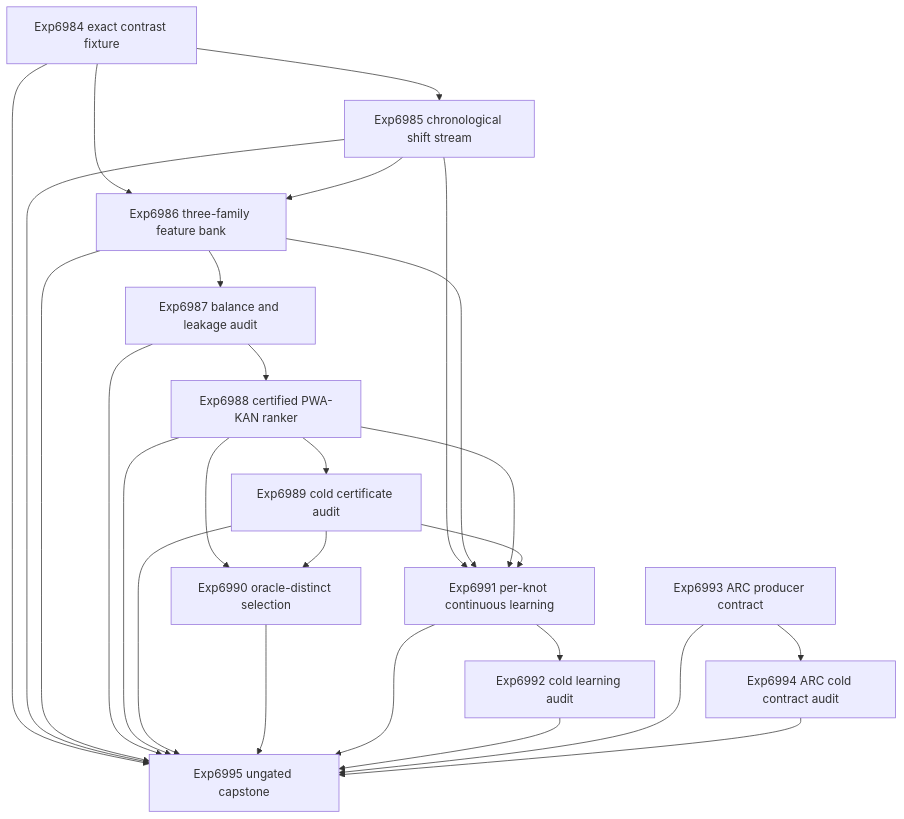
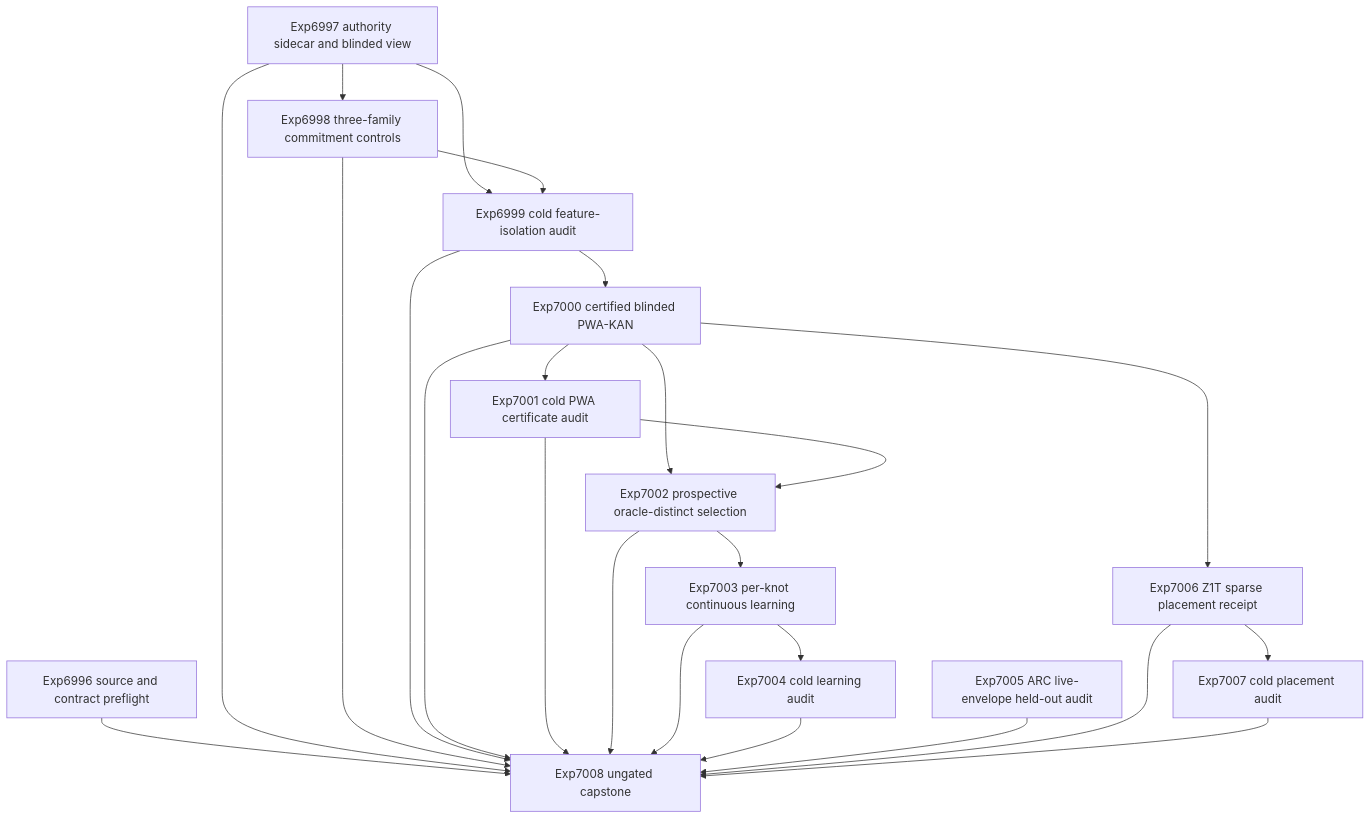
Before and after one commit to Carnot-EBM/carnot-ebm: the diagram in openspec/change-proposals/research-roadmap-vNEXT.md, drawn with Mermaid. The commit also changed other lines of this file and 26 other files, not shown here.

````diff
--- a/openspec/change-proposals/research-roadmap-vNEXT.md
+++ b/openspec/change-proposals/research-roadmap-vNEXT.md
@@ -83,28 +94,40 @@
 ```mermaid
 flowchart TD
-    A[Exp6984 exact contrast fixture] --> B[Exp6985 chronological shift stream]
-    A --> C[Exp6986 three-family feature bank]
+    A[Exp6996 source and contract preflight]
+    B[Exp6997 authority sidecar and blinded view]
+    C[Exp6998 three-family commitment controls]
+    D[Exp6999 cold feature-isolation audit]
+    E[Exp7000 certified blinded PWA-KAN]
+    F[Exp7001 cold PWA certificate audit]
+    G[Exp7002 prospective oracle-distinct selection]
+    H[Exp7003 per-knot continuous learning]
+    I[Exp7004 cold learning audit]
+    J[Exp7005 ARC live-envelope held-out audit]
+    K[Exp7006 Z1T sparse placement receipt]
+    L[Exp7007 cold placement audit]
+    M[Exp7008 ungated capstone]
+
     B --> C
-    C --> D[Exp6987 balance and leakage audit]
-    D --> E[Exp6988 certified PWA-KAN ranker]
-    E --> F[Exp6989 cold certificate audit]
-    E --> G[Exp6990 oracle-distinct selection]
+    B --> D
+    C --> D
+    D --> E
+    E --> F
+    E --> G
     F --> G
-    B --> H[Exp6991 per-knot continuous learning]
-    C --> H
-    E --> H
-    F --> H
-    H --> I[Exp6992 cold learning audit]
-    J[Exp6993 ARC producer contract] --> K[Exp6994 ARC cold contract audit]
-    A --> L[Exp6995 ungated capstone]
-    B --> L
-    C --> L
-    D --> L
-    E --> L
-    F --> L
-    G --> L
-    H --> L
-    I --> L
-    J --> L
+    G --> H
+    H --> I
+    E --> K
     K --> L
+    A --> M
+    B --> M
+    C --> M
+    D --> M
+    E --> M
+    F --> M
+    G --> M
+    H --> M
+    I --> M
+    J --> M
+    K --> M
+    L --> M
 ```
````
